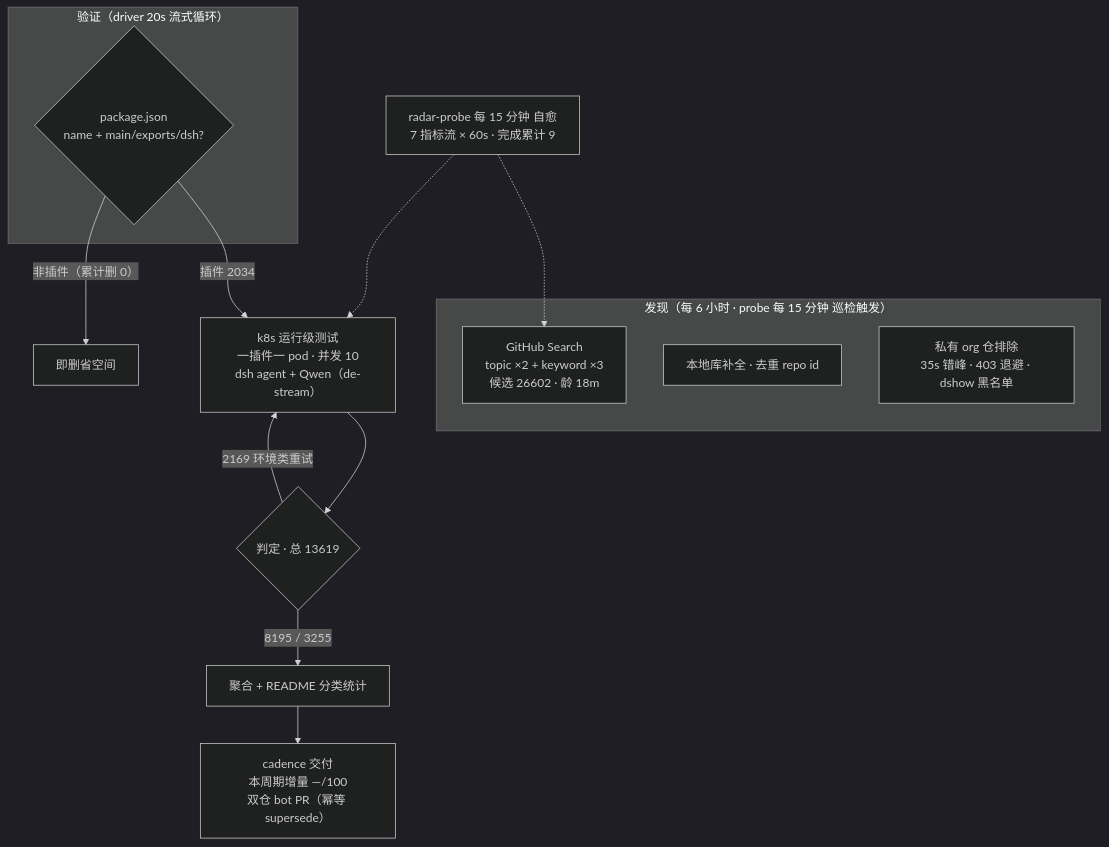
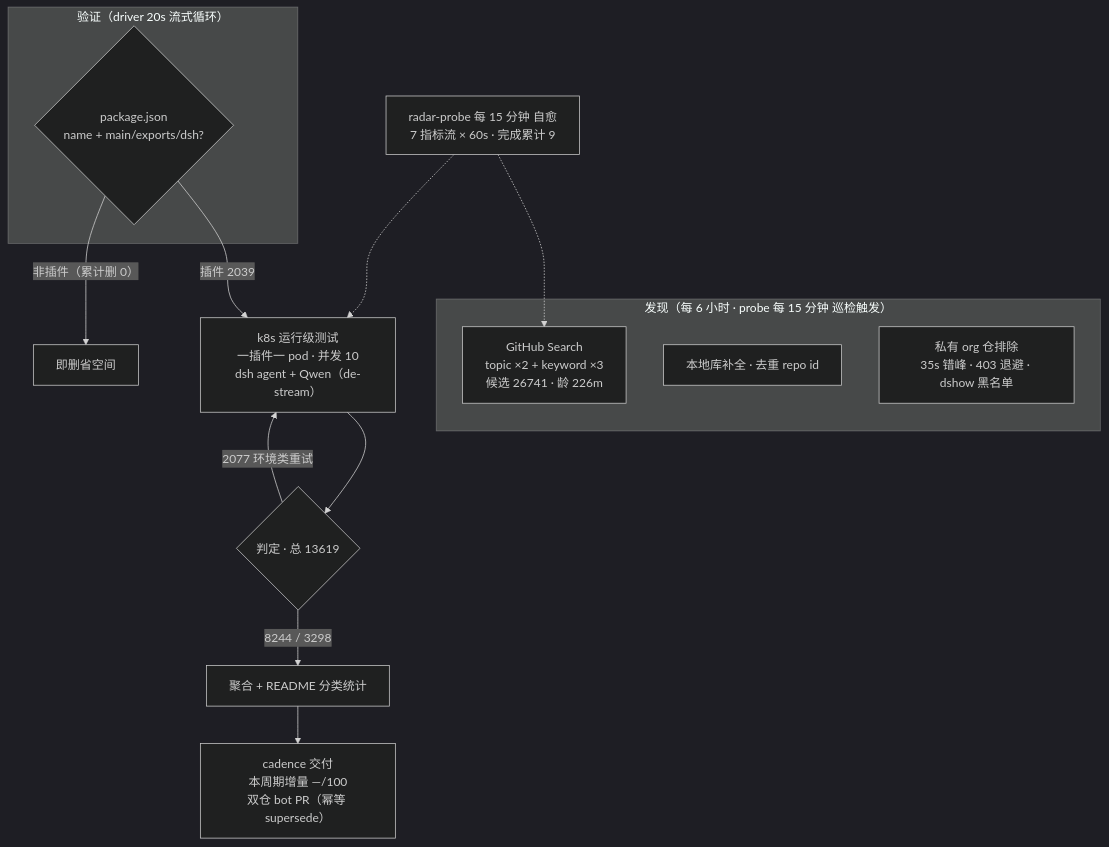
The diagram in README.md (Zhidao-Lab-OSS/awesome-dsh-plugins), drawn with Mermaid (dark theme) before and after one commit. The commit also changed other lines of this file and 1 other file, not shown here.

````diff
--- a/README.md
+++ b/README.md
@@ -54,20 +54,20 @@
 ```mermaid
 flowchart TB
     subgraph Discovery["发现（每 6 小时 · probe 每 15 分钟 巡检触发）"]
-        A1["GitHub Search<br/>topic ×2 + keyword ×3<br/>候选 26602 · 龄 18m"]
+        A1["GitHub Search<br/>topic ×2 + keyword ×3<br/>候选 26741 · 龄 226m"]
         A2["本地库补全 · 去重 repo id"]
         A3["私有 org 仓排除<br/>35s 错峰 · 403 退避 · dshow 黑名单"]
     end
     subgraph Validation["验证（driver 20s 流式循环）"]
         B1{"package.json<br/>name + main/exports/dsh?"}
     end
-    B1 -->|"插件 2034"| C1["k8s 运行级测试<br/>一插件一 pod · 并发 10<br/>dsh agent + Qwen（de-stream）"]
+    B1 -->|"插件 2039"| C1["k8s 运行级测试<br/>一插件一 pod · 并发 10<br/>dsh agent + Qwen（de-stream）"]
     B1 -->|"非插件（累计删 0）"| B3["即删省空间"]
     C1 --> D1{"判定 · 总 13619"}
-    D1 -->|"8195 / 3255"| E1["聚合 + README 分类统计"]
-    D1 -->|"2169 环境类重试"| C1
+    D1 -->|"8244 / 3298"| E1["聚合 + README 分类统计"]
+    D1 -->|"2077 环境类重试"| C1
     E1 --> E2["cadence 交付<br/>本周期增量 —/100<br/>双仓 bot PR（幂等 supersede）"]
     M["radar-probe 每 15 分钟 自愈<br/>7 指标流 × 60s · 完成累计 9"]
     M -.-> A1
     M -.-> C1
 ```
````
